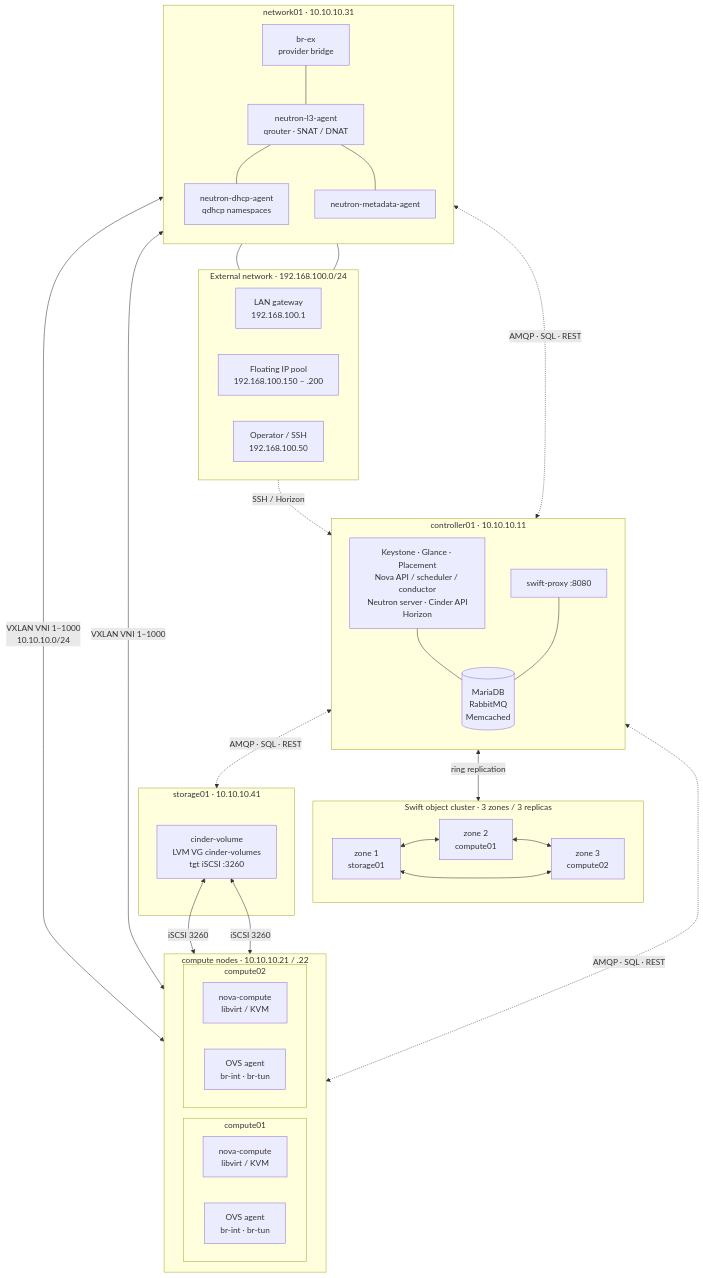
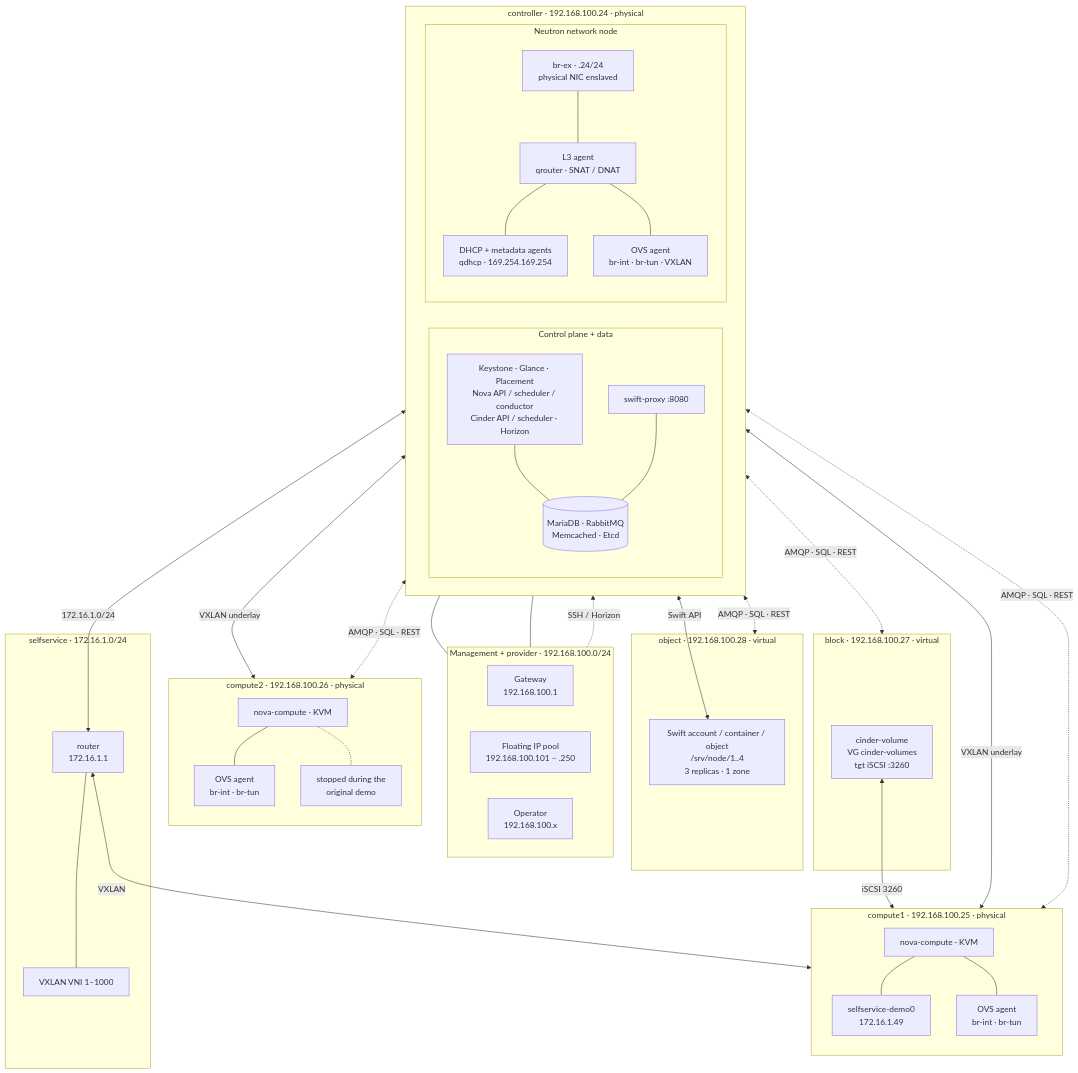
One commit to whysari/openstack-caracal-multinode changed the diagram in diagrams/architecture.mmd. Above: the diagram before and after it, drawn with Mermaid. The commit also changed 97 other files, not shown here.

```diff
--- a/diagrams/architecture.mmd
+++ b/diagrams/architecture.mmd
@@ -1,65 +1,75 @@
 flowchart TB
-    subgraph EXT["External network · 192.168.100.0/24"]
+    subgraph EXT["Management + provider · 192.168.100.0/24"]
         direction LR
-        LAN["LAN gateway<br/>192.168.100.1"]
-        FIP["Floating IP pool<br/>192.168.100.150 – .200"]
-        OPS["Operator / SSH<br/>192.168.100.50"]
+        GW["Gateway<br/>192.168.100.1"]
+        FIP["Floating IP pool<br/>192.168.100.101 – .250"]
+        OPS["Operator<br/>192.168.100.x"]
     end
 
-    subgraph CTRL["controller01 · 10.10.10.11"]
-        direction TB
-        API["Keystone · Glance · Placement<br/>Nova API / scheduler / conductor<br/>Neutron server · Cinder API<br/>Horizon"]
-        DATA[("MariaDB<br/>RabbitMQ<br/>Memcached")]
-        SWP["swift-proxy :8080"]
+    subgraph CTRL["controller · 192.168.100.24 · physical"]
+        direction LR
+        subgraph CP["Control plane + data"]
+            direction TB
+            API["Keystone · Glance · Placement<br/>Nova API / scheduler / conductor<br/>Cinder API / scheduler · Horizon"]
+            DATA[("MariaDB · RabbitMQ<br/>Memcached · Etcd")]
+            SWP["swift-proxy :8080"]
+        end
+        subgraph NET["Neutron network node"]
+            direction TB
+            BREX["br-ex · .24/24<br/>physical NIC enslaved"]
+            L3["L3 agent<br/>qrouter · SNAT / DNAT"]
+            DHCP["DHCP + metadata agents<br/>qdhcp · 169.254.169.254"]
+            OVS["OVS agent<br/>br-int · br-tun · VXLAN"]
+        end
         API --- DATA
         SWP --- DATA
+        BREX --- L3
+        L3 --- DHCP
+        L3 --- OVS
     end
 
-    subgraph NET["network01 · 10.10.10.31"]
+    subgraph C1["compute1 · 192.168.100.25 · physical"]
         direction TB
-        BREX["br-ex<br/>provider bridge"]
-        L3["neutron-l3-agent<br/>qrouter · SNAT / DNAT"]
-        DHCP["neutron-dhcp-agent<br/>qdhcp namespaces"]
-        META["neutron-metadata-agent"]
-        BREX --- L3
-        L3 --- DHCP
-        L3 --- META
+        N1["nova-compute · KVM"]
+        O1["OVS agent<br/>br-int · br-tun"]
+        V1["selfservice-demo0<br/>172.16.1.49"]
+        N1 --- V1
+        N1 --- O1
     end
 
-    subgraph COMP["compute nodes · 10.10.10.21 / .22"]
-        direction LR
-        subgraph C1["compute01"]
-            N1["nova-compute<br/>libvirt / KVM"]
-            O1["OVS agent<br/>br-int · br-tun"]
-        end
-        subgraph C2["compute02"]
-            N2["nova-compute<br/>libvirt / KVM"]
-            O2["OVS agent<br/>br-int · br-tun"]
-        end
+    subgraph C2["compute2 · 192.168.100.26 · physical"]
+        direction TB
+        N2["nova-compute · KVM"]
+        O2["OVS agent<br/>br-int · br-tun"]
+        NOTE2["stopped during the<br/>original demo"]
+        N2 --- O2
+        N2 -.- NOTE2
     end
 
-    subgraph STOR["storage01 · 10.10.10.41"]
-        CINDER["cinder-volume<br/>LVM VG cinder-volumes<br/>tgt iSCSI :3260"]
+    subgraph BLK["block · 192.168.100.27 · virtual"]
+        CINDER["cinder-volume<br/>VG cinder-volumes<br/>tgt iSCSI :3260"]
     end
 
-    subgraph SWIFT["Swift object cluster · 3 zones / 3 replicas"]
-        direction LR
-        Z1["zone 1<br/>storage01"]
-        Z2["zone 2<br/>compute01"]
-        Z3["zone 3<br/>compute02"]
-        Z1 <--> Z2
-        Z2 <--> Z3
-        Z3 <--> Z1
+    subgraph OBJ["object · 192.168.100.28 · virtual"]
+        SWIFT["Swift account / container / object<br/>/srv/node/1..4<br/>3 replicas · 1 zone"]
     end
 
-    LAN --- BREX
+    subgraph SS["selfservice · 172.16.1.0/24"]
+        ROUTER["router<br/>172.16.1.1"]
+        NETSS["VXLAN VNI 1–1000"]
+        ROUTER --- NETSS
+    end
+
+    GW --- BREX
     BREX --- FIP
     OPS -. "SSH / Horizon" .-> API
-    L3 <-->|"VXLAN VNI 1–1000<br/>10.10.10.0/24"| O1
-    L3 <-->|"VXLAN VNI 1–1000"| O2
-    API <-. "AMQP · SQL · REST" .-> COMP
-    API <-. "AMQP · SQL · REST" .-> NET
-    API <-. "AMQP · SQL · REST" .-> STOR
+    OVS <-->|"VXLAN underlay"| O1
+    OVS <-->|"VXLAN underlay"| O2
+    L3 <-->|"172.16.1.0/24"| ROUTER
+    ROUTER <-->|"VXLAN"| V1
+    SWP <-->|"Swift API"| SWIFT
     CINDER <-->|"iSCSI 3260"| N1
-    CINDER <-->|"iSCSI 3260"| N2
-    SWP <-->|"ring replication"| SWIFT
+    API <-. "AMQP · SQL · REST" .-> C1
+    API <-. "AMQP · SQL · REST" .-> C2
+    API <-. "AMQP · SQL · REST" .-> BLK
+    API <-. "AMQP · SQL · REST" .-> OBJ
```
